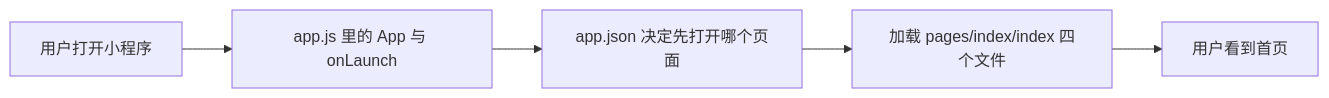
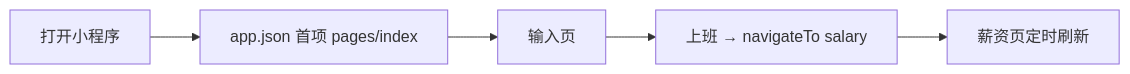
The first of 2 diagrams in main/代码阅读指南.md (ToneyAlessio/salary_count), drawn with Mermaid before and after one commit. The commit also changed other lines of this file and 4 other files, not shown here.

````diff
--- a/main/代码阅读指南.md
+++ b/main/代码阅读指南.md
@@ -75,7 +70,7 @@
 ```mermaid
 flowchart LR
-    A[用户打开小程序] --> B[app.js 里的 App 与 onLaunch]
-    B --> C[app.json 决定先打开哪个页面]
-    C --> D[加载 pages/index/index 四个文件]
-    D --> E[用户看到首页]
+    A[打开小程序] --> B[app.json 首项 pages/index]
+    B --> C[输入页]
+    C --> D[上班 → navigateTo salary]
+    D --> E[薪资页定时刷新]
 ```
````
